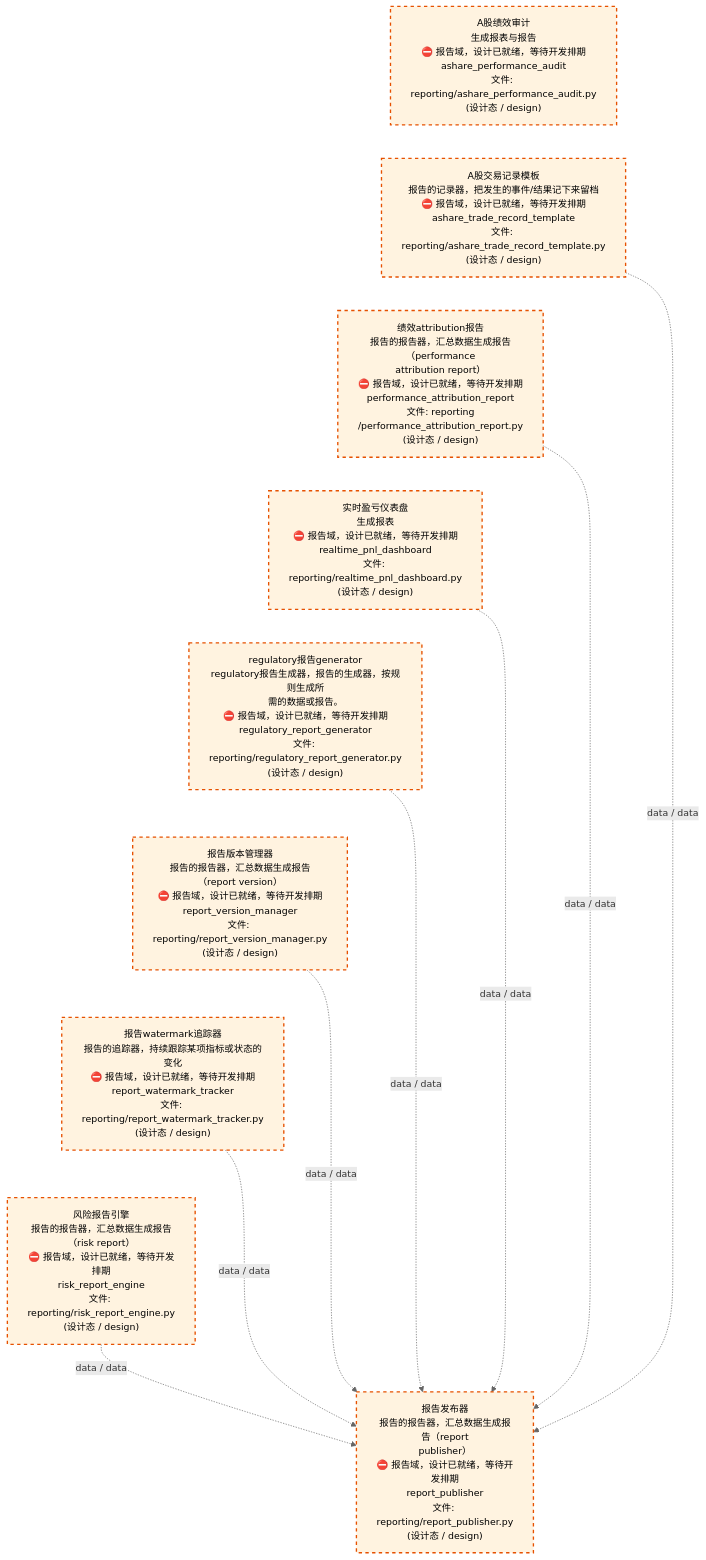
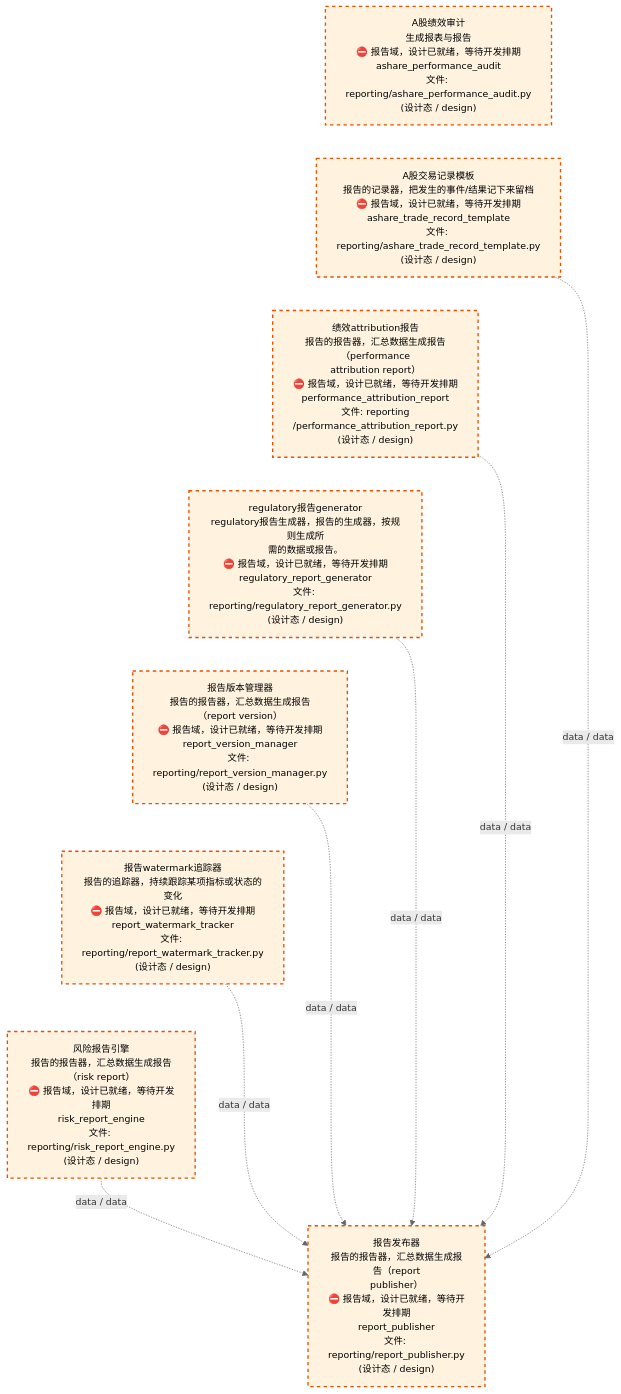
Before and after one commit to xuanFelixVan/ZephyrAlpha: the third of 4 diagrams in docs/02_enterprise_architecture/02_domain_architecture_docs/26_d_reporting.md, drawn with Mermaid. The commit also changed other lines of this file and 46 other files, not shown here.

````diff
--- a/docs/02_enterprise_architecture/02_domain_architecture_docs/26_d_reporting.md
+++ b/docs/02_enterprise_architecture/02_domain_architecture_docs/26_d_reporting.md
@@ -137,32 +146,29 @@
 ```mermaid
 %%{init: {'theme': 'base', 'themeVariables': {'primaryColor': '#eaeaea', 'primaryTextColor': '#333333', 'primaryBorderColor': '#666666', 'lineColor': '#666666', 'secondaryColor': '#eaeaea', 'tertiaryColor': '#eaeaea', 'fontSize': '14px'}}}%%
 flowchart TD
     src_zephyr_reporting_ashare_performance_audit_py["A股绩效审计<br/>生成报表与报告<br/>⛔ 报告域，设计已就绪，等待开发排期<br/>ashare_performance_audit<br/>文件: reporting/ashare_performance_audit.py<br/>(设计态 / design)"]
     src_zephyr_reporting_ashare_trade_record_template_py["A股交易记录模板<br/>报告的记录器，把发生的事件/结果记下来留档<br/>⛔ 报告域，设计已就绪，等待开发排期<br/>ashare_trade_record_template<br/>文件: reporting/ashare_trade_record_template.py<br/>(设计态 / design)"]
     src_zephyr_reporting_performance_attribution_report_py["绩效attribution报告<br/>报告的报告器，汇总数据生成报告（performance<br/>attribution report）<br/>⛔ 报告域，设计已就绪，等待开发排期<br/>performance_attribution_report<br/>文件: reporting<br/>/performance_attribution_report.py<br/>(设计态 / design)"]
-    src_zephyr_reporting_realtime_pnl_dashboard_py["实时盈亏仪表盘<br/>生成报表<br/>⛔ 报告域，设计已就绪，等待开发排期<br/>realtime_pnl_dashboard<br/>文件: reporting/realtime_pnl_dashboard.py<br/>(设计态 / design)"]
     src_zephyr_reporting_regulatory_report_generator_py["regulatory报告generator<br/>regulatory报告生成器，报告的生成器，按规则生成所<br/>需的数据或报告。<br/>⛔ 报告域，设计已就绪，等待开发排期<br/>regulatory_report_generator<br/>文件: reporting/regulatory_report_generator.py<br/>(设计态 / design)"]
     src_zephyr_reporting_report_version_manager_py["报告版本管理器<br/>报告的报告器，汇总数据生成报告（report version）<br/>⛔ 报告域，设计已就绪，等待开发排期<br/>report_version_manager<br/>文件: reporting/report_version_manager.py<br/>(设计态 / design)"]
     src_zephyr_reporting_report_watermark_tracker_py["报告watermark追踪器<br/>报告的追踪器，持续跟踪某项指标或状态的变化<br/>⛔ 报告域，设计已就绪，等待开发排期<br/>report_watermark_tracker<br/>文件: reporting/report_watermark_tracker.py<br/>(设计态 / design)"]
     src_zephyr_reporting_risk_report_engine_py["风险报告引擎<br/>报告的报告器，汇总数据生成报告（risk report）<br/>⛔ 报告域，设计已就绪，等待开发排期<br/>risk_report_engine<br/>文件: reporting/risk_report_engine.py<br/>(设计态 / design)"]
     src_zephyr_reporting_ashare_performance_audit_py ~~~ src_zephyr_reporting_ashare_trade_record_template_py
     src_zephyr_reporting_ashare_trade_record_template_py ~~~ src_zephyr_reporting_performance_attribution_report_py
-    src_zephyr_reporting_performance_attribution_report_py ~~~ src_zephyr_reporting_realtime_pnl_dashboard_py
-    src_zephyr_reporting_realtime_pnl_dashboard_py ~~~ src_zephyr_reporting_regulatory_report_generator_py
+    src_zephyr_reporting_performance_attribution_report_py ~~~ src_zephyr_reporting_regulatory_report_generator_py
     src_zephyr_reporting_regulatory_report_generator_py ~~~ src_zephyr_reporting_report_version_manager_py
     src_zephyr_reporting_report_version_manager_py ~~~ src_zephyr_reporting_report_watermark_tracker_py
     src_zephyr_reporting_report_watermark_tracker_py ~~~ src_zephyr_reporting_risk_report_engine_py
     src_zephyr_reporting_report_publisher_py["报告发布器<br/>报告的报告器，汇总数据生成报告（report<br/>publisher）<br/>⛔ 报告域，设计已就绪，等待开发排期<br/>report_publisher<br/>文件: reporting/report_publisher.py<br/>(设计态 / design)"]
     src_zephyr_reporting_ashare_trade_record_template_py -.->|data / data| src_zephyr_reporting_report_publisher_py
-    src_zephyr_reporting_realtime_pnl_dashboard_py -.->|data / data| src_zephyr_reporting_report_publisher_py
     src_zephyr_reporting_regulatory_report_generator_py -.->|data / data| src_zephyr_reporting_report_publisher_py
     src_zephyr_reporting_risk_report_engine_py -.->|data / data| src_zephyr_reporting_report_publisher_py
     src_zephyr_reporting_report_version_manager_py -.->|data / data| src_zephyr_reporting_report_publisher_py
     src_zephyr_reporting_performance_attribution_report_py -.->|data / data| src_zephyr_reporting_report_publisher_py
     src_zephyr_reporting_report_watermark_tracker_py -.->|data / data| src_zephyr_reporting_report_publisher_py
     classDef production fill:#e1f5fe,stroke:#01579b,stroke-width:2px,color:#000
     classDef design fill:#fff3e0,stroke:#e65100,stroke-width:2px,color:#000,stroke-dasharray: 5 5
     classDef external_prod fill:#e8f4fd,stroke:#0277bd,stroke-width:1px,color:#000
     classDef external_design fill:#fff8e7,stroke:#ef6c00,stroke-width:1px,color:#000,stroke-dasharray: 5 5
-    class src_zephyr_reporting_ashare_performance_audit_py,src_zephyr_reporting_ashare_trade_record_template_py,src_zephyr_reporting_performance_attribution_report_py,src_zephyr_reporting_realtime_pnl_dashboard_py,src_zephyr_reporting_regulatory_report_generator_py,src_zephyr_reporting_report_publisher_py,src_zephyr_reporting_report_version_manager_py,src_zephyr_reporting_report_watermark_tracker_py,src_zephyr_reporting_risk_report_engine_py design
+    class src_zephyr_reporting_ashare_performance_audit_py,src_zephyr_reporting_ashare_trade_record_template_py,src_zephyr_reporting_performance_attribution_report_py,src_zephyr_reporting_regulatory_report_generator_py,src_zephyr_reporting_report_publisher_py,src_zephyr_reporting_report_version_manager_py,src_zephyr_reporting_report_watermark_tracker_py,src_zephyr_reporting_risk_report_engine_py design
 ```
````
